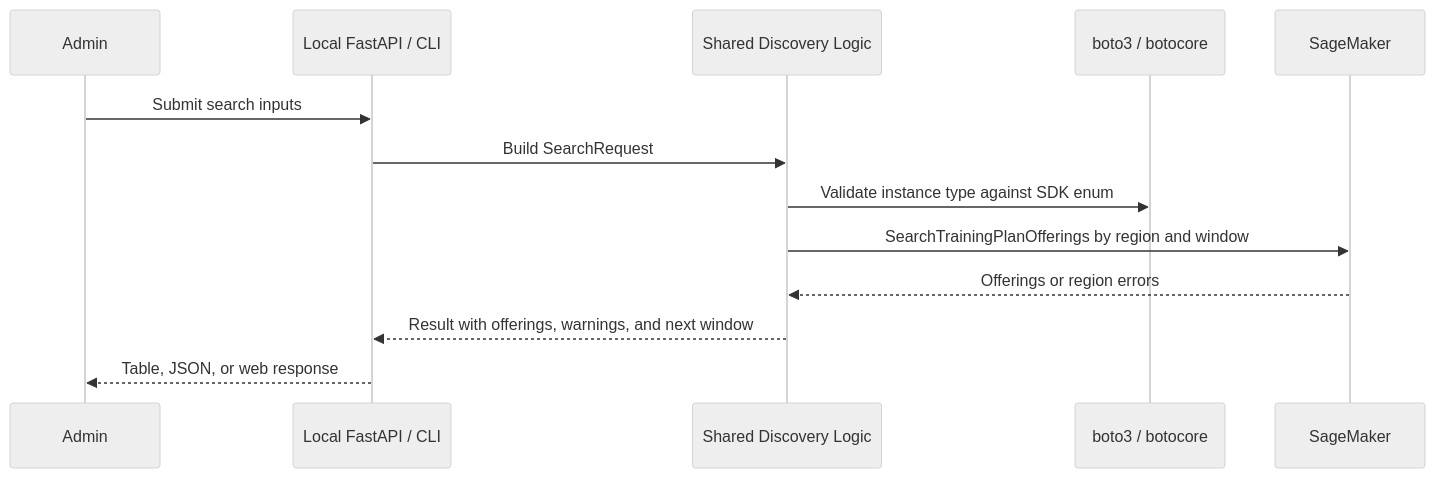
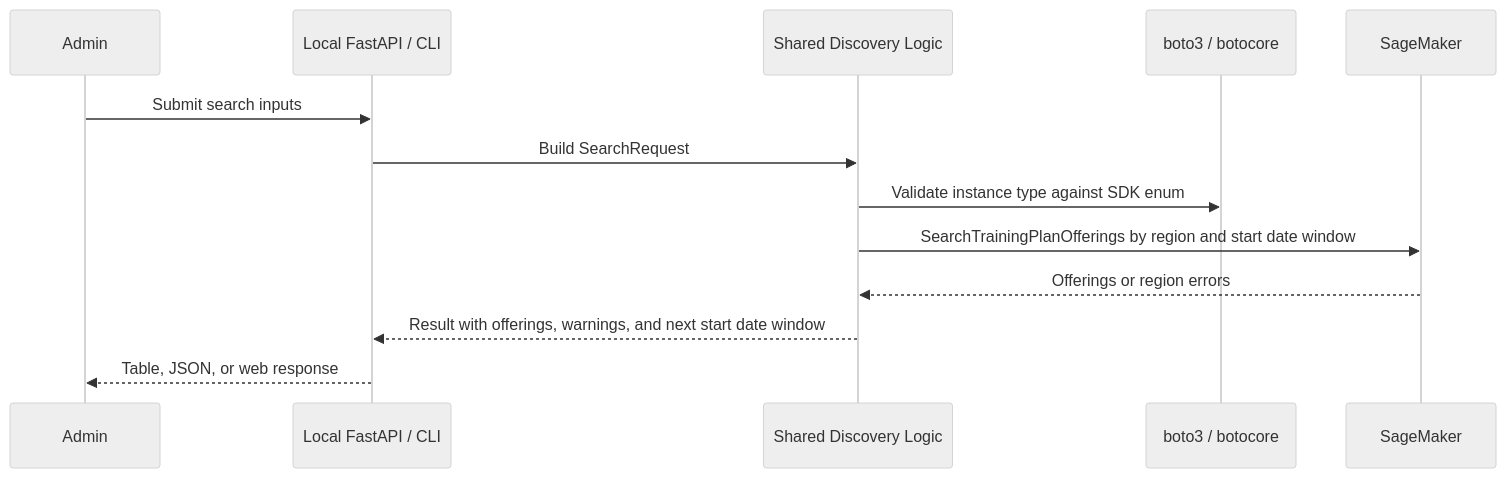
Before and after one commit to aasim-m/aws-training-plan: the third of 5 diagrams in docs/architecture.md, drawn with Mermaid (neutral theme). The commit also changed other lines of this file and 8 other files, not shown here.

Commit message:
Fix start date window search bounds

````diff
--- a/docs/architecture.md
+++ b/docs/architecture.md
@@ -47,16 +47,16 @@
 ```mermaid
 sequenceDiagram
     participant User as Admin
     participant Web as Local FastAPI / CLI
     participant Core as Shared Discovery Logic
     participant SDK as boto3 / botocore
     participant SM as SageMaker
 
     User->>Web: Submit search inputs
     Web->>Core: Build SearchRequest
     Core->>SDK: Validate instance type against SDK enum
-    Core->>SM: SearchTrainingPlanOfferings by region and window
+    Core->>SM: SearchTrainingPlanOfferings by region and start date window
     SM-->>Core: Offerings or region errors
-    Core-->>Web: Result with offerings, warnings, and next window
+    Core-->>Web: Result with offerings, warnings, and next start date window
     Web-->>User: Table, JSON, or web response
 ```
````
